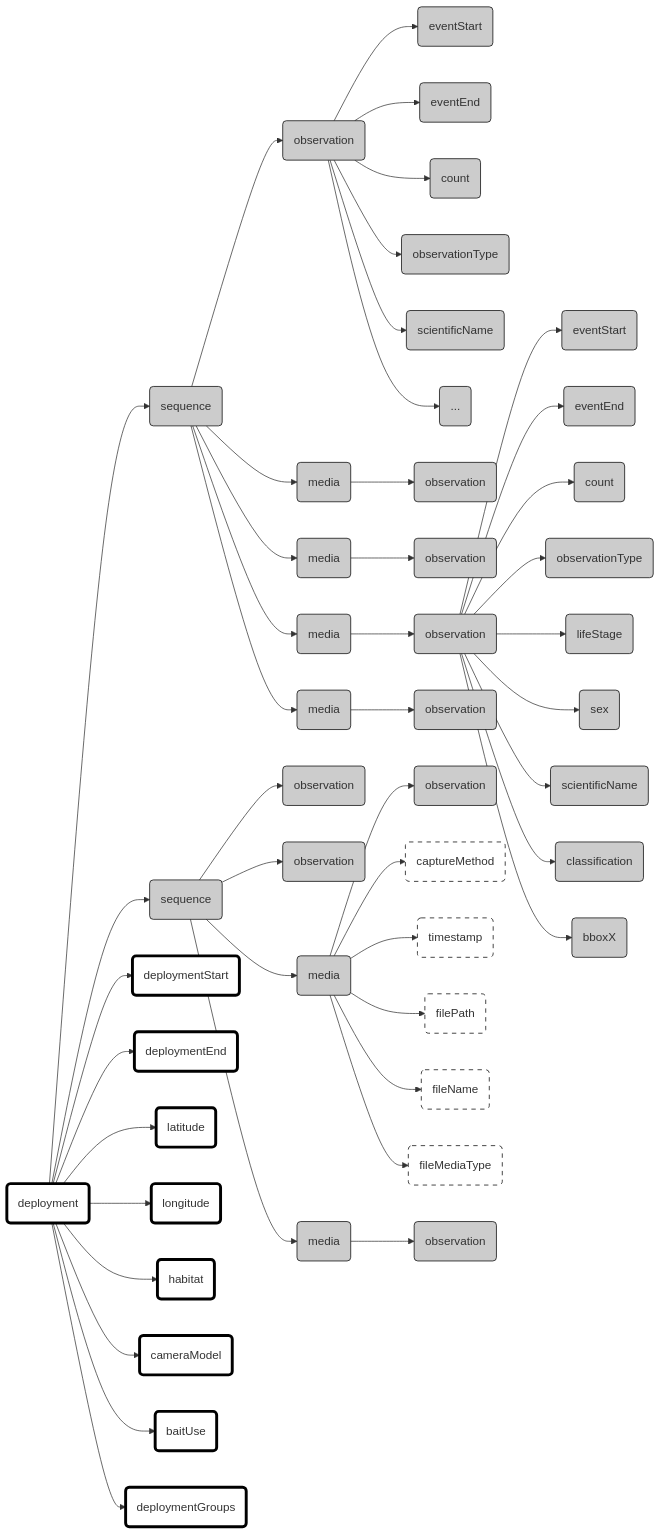
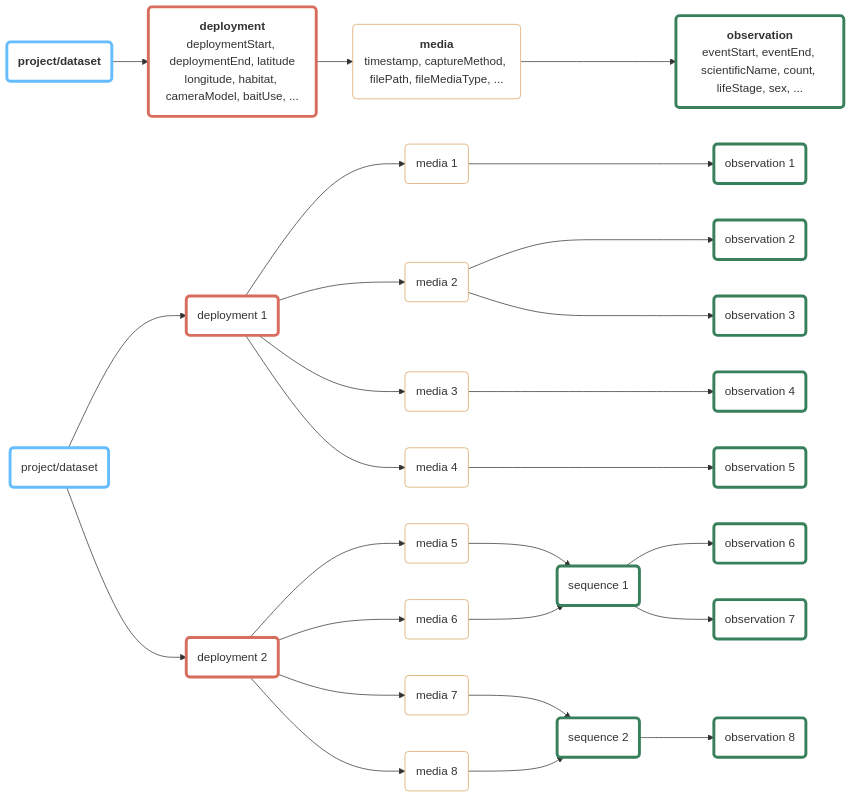
One commit to inbo/dwc-event-workshop changed the diagram in data/camtrap_dp/README.md. Above: the diagram before and after it, drawn with Mermaid.

Commit message:
Update schema

````diff
--- a/data/camtrap_dp/README.md
+++ b/data/camtrap_dp/README.md
@@ -1,123 +1,64 @@
 ```mermaid
 flowchart LR
-    deployment("deployment"):::deployment
-    seq1("sequence"):::observation
-    seq2("sequence"):::observation
+    classDef prj_event fill:#fff,stroke:#65BDFF,stroke-width:4px;
+    classDef dep_event fill:#fff,stroke:#D86C5D,stroke-width:4px;
+    classDef med_file fill:#fff,stroke:#DAA25E,stroke-width:1px;
+    classDef obs_event fill:#fff,stroke:#37805B,stroke-width:4px;
+    classDef seq_event fill:#fff,stroke:#37805B,stroke-width:4px;
 
-    obs1("observation"):::observation
-    obs2("observation"):::observation
-    obs3("observation"):::observation
-    obs4("observation"):::observation
-    obs5("observation"):::observation
-    obs6("observation"):::observation
-    obs7("observation"):::observation
-    obs8("observation"):::observation
-    obs9("observation"):::observation
+    prj0("`**project/dataset**`"):::prj_event
+    dep0("`**deployment**
+        deploymentStart, deploymentEnd, latitude
+        longitude, habitat, cameraModel, baitUse, ...`"):::dep_event
+    med0("`**media**
+        timestamp, captureMethod, filePath, fileMediaType, ...`"):::med_file
+    obs0("`**observation**
+        eventStart, eventEnd, scientificName, count, lifeStage, sex, ...`"):::obs_event
+    prj0 --> dep0 --> med0 ---> obs0
+
+    prj1("project/dataset"):::prj_event
     
+    dep1("deployment 1"):::dep_event
+    med1_1("media 1"):::med_file
+    med1_2("media 2"):::med_file
+    med1_3("media 3"):::med_file
+    med1_4("media 4"):::med_file
+    obs1_1("observation 1"):::obs_event
+    obs1_2a("observation 2"):::obs_event
+    obs1_2b("observation 3"):::obs_event
+    obs1_3("observation 4"):::obs_event
+    obs1_4("observation 5"):::obs_event
+    prj1 --> dep1
+    dep1 --> med1_1
+    dep1 --> med1_2
+    dep1 --> med1_3
+    dep1 --> med1_4
+    med1_1 ---> obs1_1
+    med1_2 ---> obs1_2a
+    med1_2 ---> obs1_2b
+    med1_3 ---> obs1_3
+    med1_4 ---> obs1_4
 
-    media1("media"):::observation
-    media2("media"):::observation
-    media3("media"):::observation
-    media4("media"):::observation
-    media5("media"):::observation
-    media6("media"):::observation
-
-    latitude("latitude"):::deployment
-    longitude("longitude"):::deployment
-    deploymentStart("deploymentStart"):::deployment
-    deploymentEnd("deploymentEnd"):::deployment
-    cameraModel("cameraModel"):::deployment
-    baitUse("baitUse"):::deployment
-    habitat("habitat"):::deployment
-    deploymentGroups("deploymentGroups"):::deployment
-
-    eventStart("eventStart"):::observation
-    eventEnd("eventEnd"):::observation
-    observationType("observationType"):::observation
-    scientificName("scientificName"):::observation
-    count("count"):::observation
-    lifeStage("lifeStage"):::observation
-    sex("sex"):::observation
-    bboxX("bboxX"):::observation
-    classification("classification"):::observation
-
-    eventStart2("eventStart"):::observation
-    eventEnd2("eventEnd"):::observation
-    observationType2("observationType"):::observation
-    scientificName2("scientificName"):::observation
-    count2("count"):::observation
-    etc("..."):::observation
-
-    captureMethod("captureMethod"):::media
-    timestamp("timestamp"):::media
-    filePath("filePath"):::media
-    fileName("fileName"):::media
-    fileMediaType("fileMediaType"):::media
-
-    classDef deployment fill:#fff,stroke-width:4px,stroke:#000;
-    classDef observation fill:#ccc,stroke-width:1px,stroke:#000;
-    classDef media       fill:#fff,stroke-width:1px,stroke:#000, stroke-dasharray:6;
-
-%% Deployment level
-
-deployment --> seq1
-deployment --> seq2
-
-deployment --> deploymentStart
-deployment --> deploymentEnd
-deployment --> latitude
-deployment --> longitude
-deployment --> habitat
-deployment --> cameraModel
-deployment --> baitUse
-deployment --> deploymentGroups
-
-%% Sequence 1
-seq1 --> obs1
-seq1 --> media1
-seq1 --> media2
-seq1 --> media3
-seq1 --> media4
-
-    %% Sequence-based observation 1
-        obs1--> eventStart
-        obs1 --> eventEnd
-        obs1 --> count
-        obs1 --> observationType
-        obs1 --> scientificName
-        obs1 --> etc
-
-    %% Media-based observation 1
-        media1 --> obs2
-        media2 --> obs3
-        media3 --> obs4
-            obs4 --> eventStart2
-            obs4 --> eventEnd2
-            obs4 --> count2
-            obs4 --> observationType2
-            obs4 --> lifeStage
-            obs4 --> sex
-            obs4 --> scientificName2
-            obs4 --> classification
-            obs4 --> bboxX
-        media4 --> obs5
-
-%% Sequence 2
-seq2 --> obs6
-seq2 --> obs7
-seq2 --> media5
-seq2 --> media6
-
-    %% Media-based observation 2
-        media5 --> obs8
-        media6 --> obs9
-
-
-        %% Multimedia files
-        media5 --> captureMethod
-        media5 --> timestamp
-        media5 --> filePath
-        media5 --> fileName
-        media5 --> fileMediaType
-
+    dep2("deployment 2"):::dep_event
+    med2_1("media 5"):::med_file
+    med2_2("media 6"):::med_file
+    med2_3("media 7"):::med_file
+    med2_4("media 8"):::med_file
+    seq2_1("sequence 1"):::seq_event
+    seq2_2("sequence 2"):::seq_event
+    obs2_1("observation 6"):::obs_event
+    obs2_2("observation 7"):::obs_event
+    obs2_3("observation 8"):::obs_event
+    prj1 --> dep2
+    dep2 --> med2_1
+    dep2 --> med2_2
+    dep2 --> med2_3
+    dep2 --> med2_4
+    med2_1 --> seq2_1
+    med2_2 --> seq2_1
+    med2_3 --> seq2_2
+    med2_4 --> seq2_2
+    seq2_1 --> obs2_1
+    seq2_1 --> obs2_2
+    seq2_2 --> obs2_3
 ```
````
